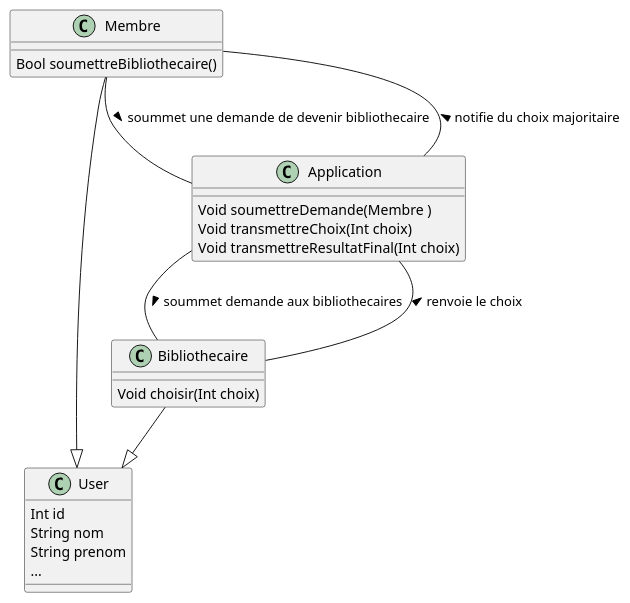
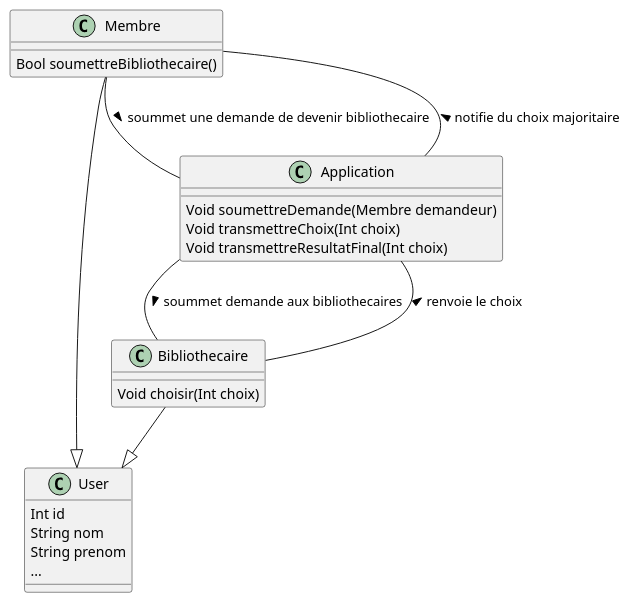
The diagram in scenarios/devenirBibliotecaire/classe.puml (Anthony-Jhoiro/BibloDoc), drawn with PlantUML before and after one commit. The commit also changed 3 other files, not shown here.

```diff
--- a/scenarios/devenirBibliotecaire/classe.puml
+++ b/scenarios/devenirBibliotecaire/classe.puml
@@ -1,29 +1,29 @@
 @startuml classe
 
 class User {
     Int id
     String nom
     String prenom
     ...
 }
 class Membre {
     Bool soumettreBibliothecaire()
 }
 class Bibliothecaire {
     Void choisir(Int choix)
 }
 class Application {
-    Void soumettreDemande(Membre )
+    Void soumettreDemande(Membre demandeur)
     Void transmettreChoix(Int choix)
     Void transmettreResultatFinal(Int choix)
 }
 
 Bibliothecaire --|> User
 Membre --|> User
 
 Membre -- Application : soummet une demande de devenir bibliothecaire >
 Application -- Bibliothecaire : soummet demande aux bibliothecaires >
 Application -- Bibliothecaire : renvoie le choix <
 Membre -- Application : notifie du choix majoritaire <
 
 @enduml
```
